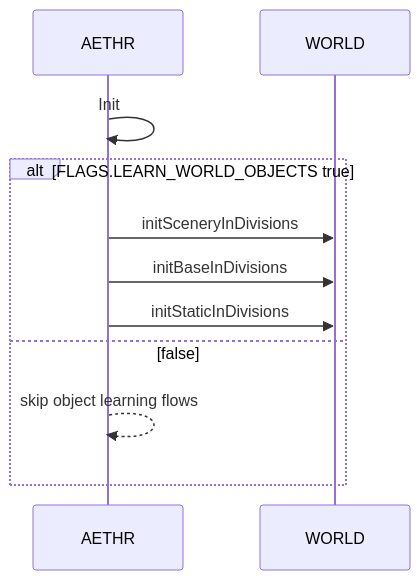
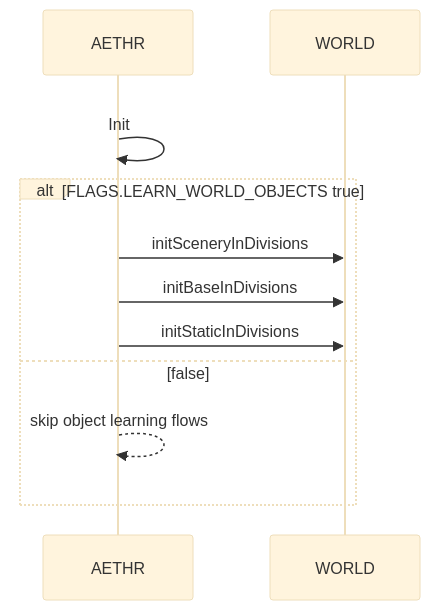
The first of 2 diagrams in docs/config/flags_counters.md (Gh0st352/AETHR), drawn with Mermaid before and after one commit. The commit also changed other lines of this file and 8 other files, not shown here.

First line of the commit message:
docs(config): enhance Mermaid diagrams with theme/layout

````diff
--- a/docs/config/flags_counters.md
+++ b/docs/config/flags_counters.md
@@ -33,13 +33,16 @@
 ```mermaid
+%%{init: {"theme":"base"}}%%
 sequenceDiagram
+  rect rgba(255,255,255,0.75)
   participant A as AETHR
   participant W as WORLD
   A->>A: Init
   alt FLAGS.LEARN_WORLD_OBJECTS true
     A->>W: initSceneryInDivisions
     A->>W: initBaseInDivisions
     A->>W: initStaticInDivisions
   else false
     A-->>A: skip object learning flows
   end
+  end
 ```
````
